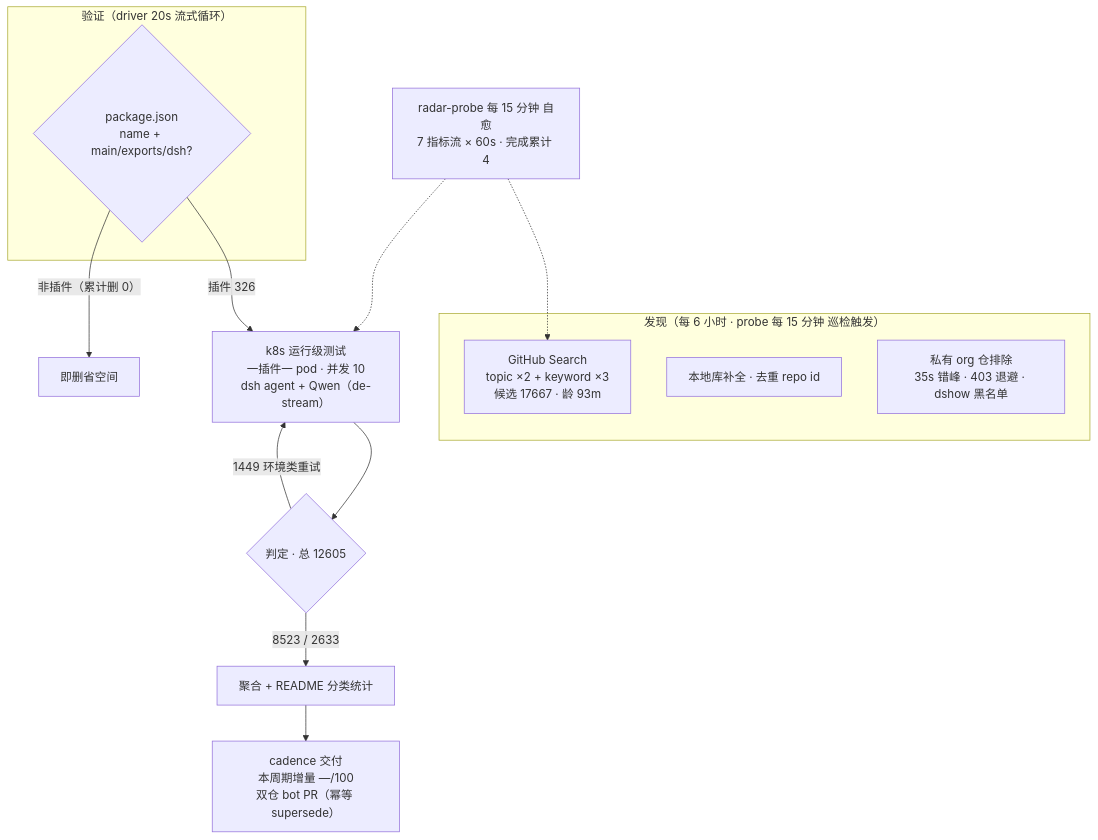
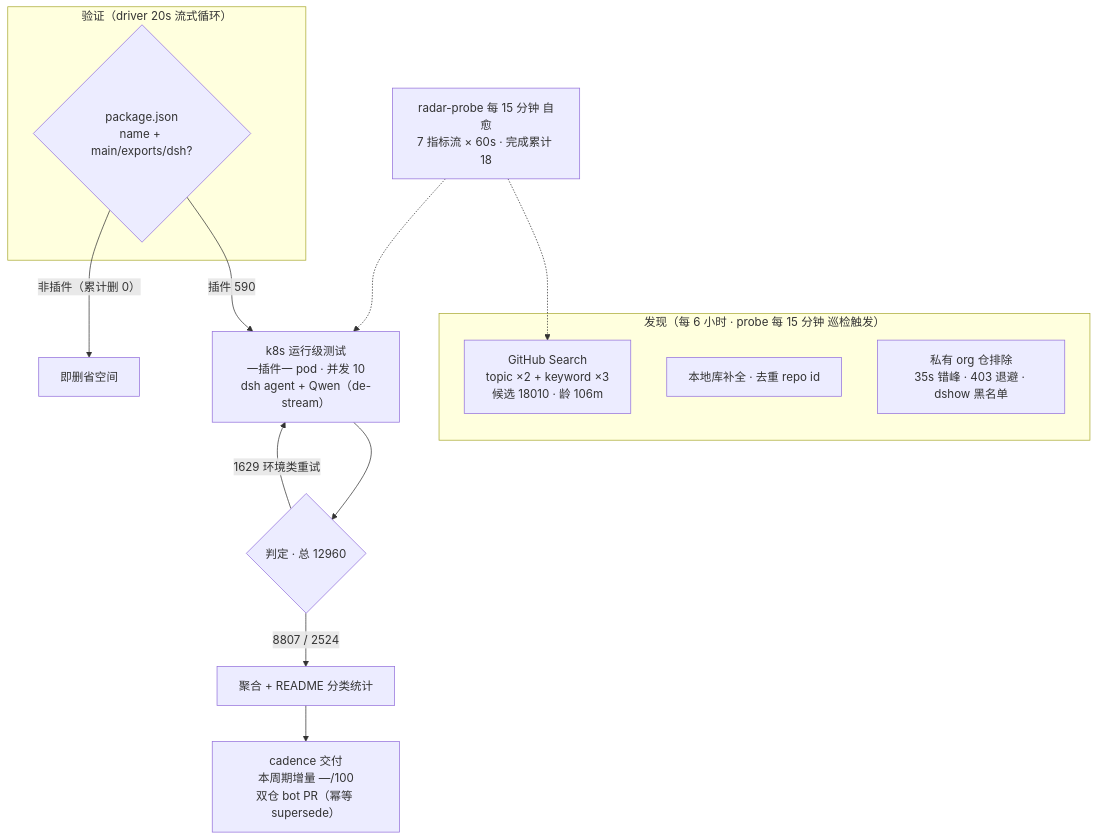
The diagram in public/readmes/awesome-dsh-plugins.md (the-beating-light-of-the-nail/dsh-meme-hub-site), drawn with Mermaid before and after one commit. The commit also changed other lines of this file and 279 other files, not shown here.

````diff
--- a/public/readmes/awesome-dsh-plugins.md
+++ b/public/readmes/awesome-dsh-plugins.md
@@ -52,20 +52,20 @@
 ```mermaid
 flowchart TB
     subgraph Discovery["发现（每 6 小时 · probe 每 15 分钟 巡检触发）"]
-        A1["GitHub Search<br/>topic ×2 + keyword ×3<br/>候选 17667 · 龄 93m"]
+        A1["GitHub Search<br/>topic ×2 + keyword ×3<br/>候选 18010 · 龄 106m"]
         A2["本地库补全 · 去重 repo id"]
         A3["私有 org 仓排除<br/>35s 错峰 · 403 退避 · dshow 黑名单"]
     end
     subgraph Validation["验证（driver 20s 流式循环）"]
         B1{"package.json<br/>name + main/exports/dsh?"}
     end
-    B1 -->|"插件 326"| C1["k8s 运行级测试<br/>一插件一 pod · 并发 10<br/>dsh agent + Qwen（de-stream）"]
+    B1 -->|"插件 590"| C1["k8s 运行级测试<br/>一插件一 pod · 并发 10<br/>dsh agent + Qwen（de-stream）"]
     B1 -->|"非插件（累计删 0）"| B3["即删省空间"]
-    C1 --> D1{"判定 · 总 12605"}
-    D1 -->|"8523 / 2633"| E1["聚合 + README 分类统计"]
-    D1 -->|"1449 环境类重试"| C1
+    C1 --> D1{"判定 · 总 12960"}
+    D1 -->|"8807 / 2524"| E1["聚合 + README 分类统计"]
+    D1 -->|"1629 环境类重试"| C1
     E1 --> E2["cadence 交付<br/>本周期增量 —/100<br/>双仓 bot PR（幂等 supersede）"]
-    M["radar-probe 每 15 分钟 自愈<br/>7 指标流 × 60s · 完成累计 4"]
+    M["radar-probe 每 15 分钟 自愈<br/>7 指标流 × 60s · 完成累计 18"]
     M -.-> A1
     M -.-> C1
 ```
````
